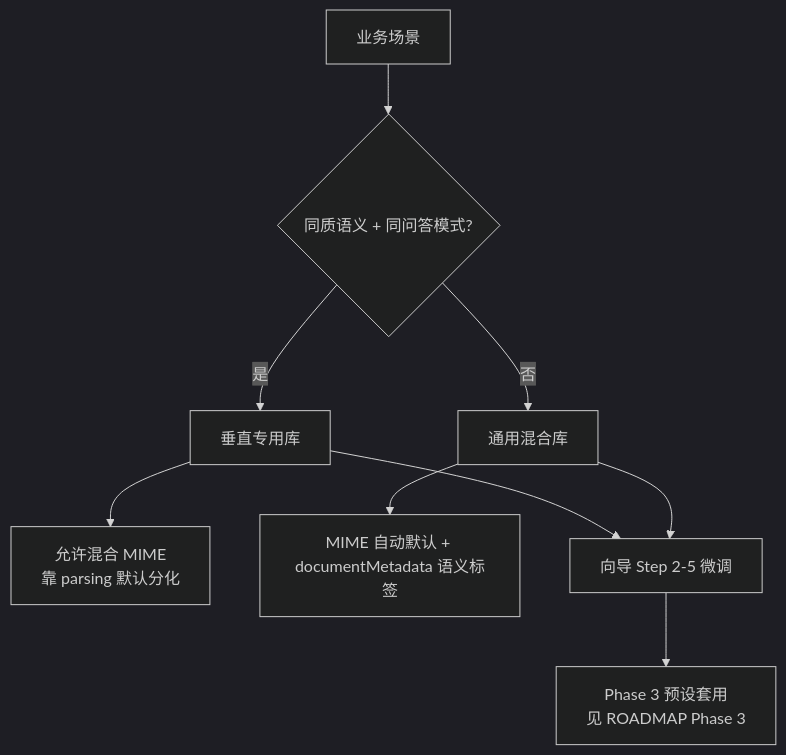
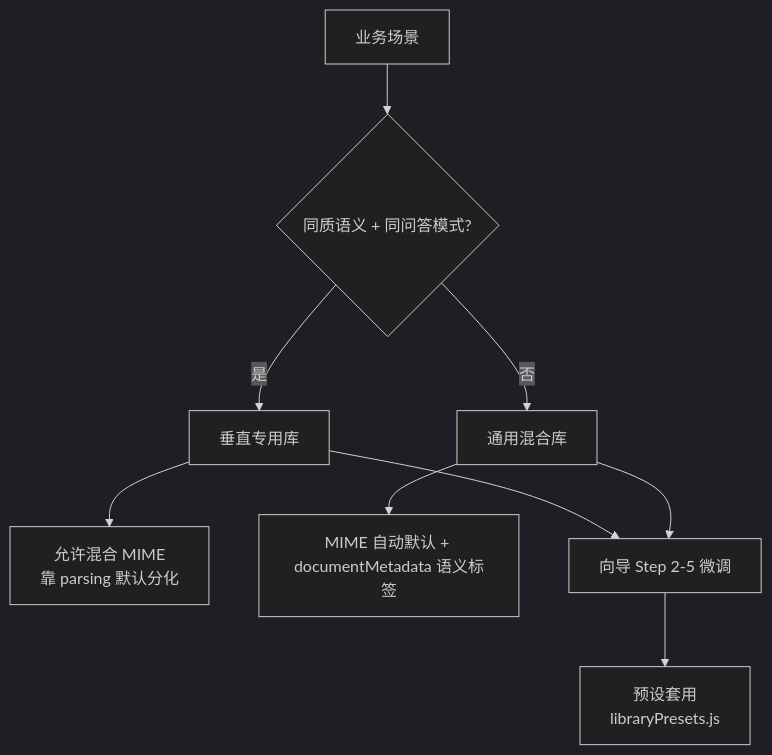
One commit to ch-dpf/doc-platform changed the third of 3 diagrams in .planning/docs/INGEST-PIPELINE.md. Above: the diagram before and after it, drawn with Mermaid (dark theme). The commit also changed other lines of this file and 1 other file, not shown here.

````diff
--- a/.planning/docs/INGEST-PIPELINE.md
+++ b/.planning/docs/INGEST-PIPELINE.md
@@ -387,11 +387,11 @@
 ```mermaid
 flowchart TD
     A[业务场景] --> B{同质语义 + 同问答模式?}
     B -->|是| C[垂直专用库]
     B -->|否| D[通用混合库]
     C --> E[允许混合 MIME<br/>靠 parsing 默认分化]
     D --> F[MIME 自动默认 + documentMetadata 语义标签]
     C --> G[向导 Step 2-5 微调]
     D --> G
-    G --> H[Phase 3 预设套用<br/>见 ROADMAP Phase 3]
+    G --> H[预设套用<br/>libraryPresets.js]
 ```
````
